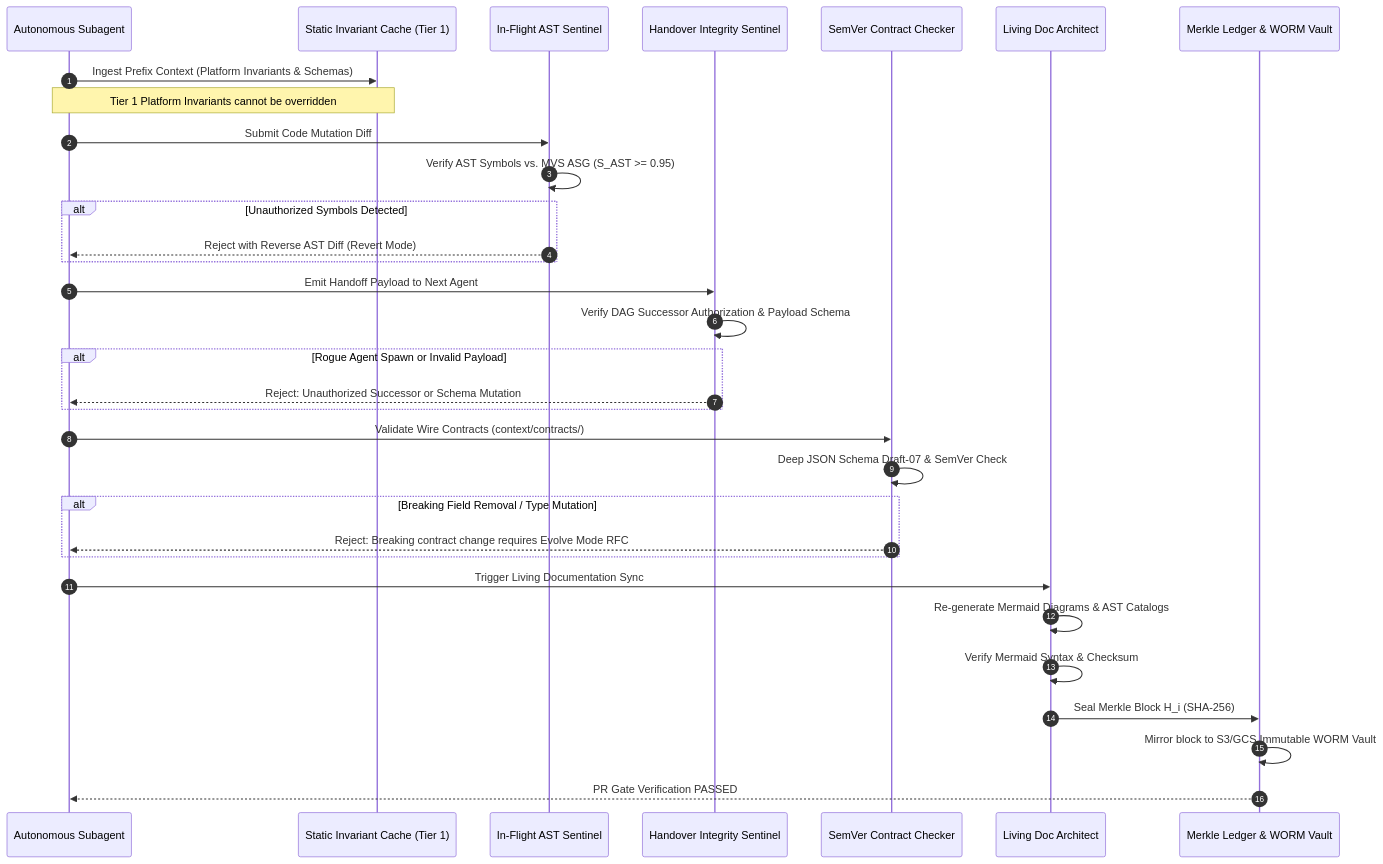
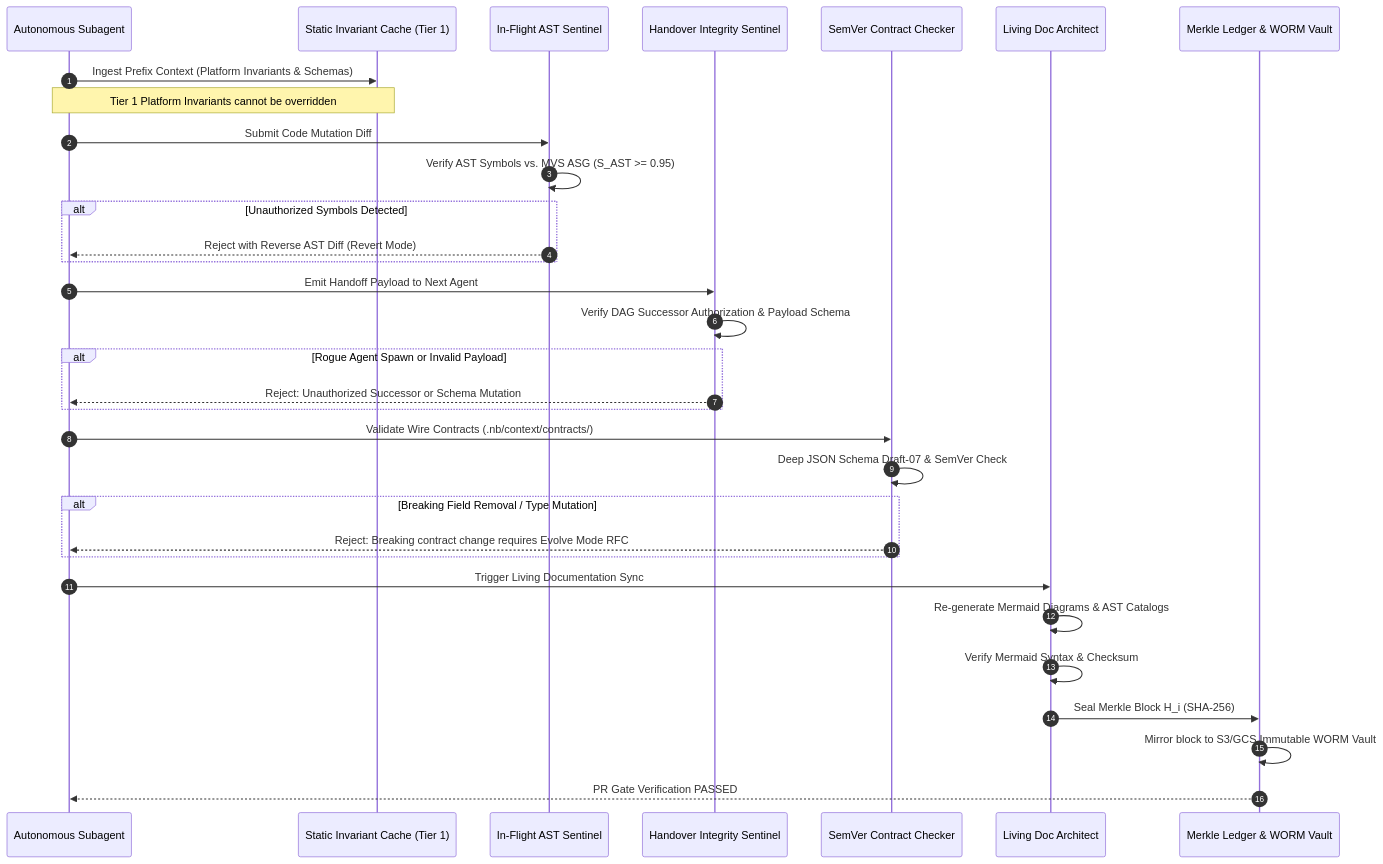
The third of 5 diagrams in workplace/docs/methodologies/anti_drift_protocol.md (lakhwindersingh/nb_fairyfly), drawn with Mermaid before and after one commit. The commit also changed 97 other files, not shown here.

````diff
--- a/workplace/docs/methodologies/anti_drift_protocol.md
+++ b/workplace/docs/methodologies/anti_drift_protocol.md
@@ -125,39 +125,39 @@
 ```mermaid
 sequenceDiagram
     autonumber
     participant Dev as Autonomous Subagent
     participant Prefix as Static Invariant Cache (Tier 1)
     participant ASTGate as In-Flight AST Sentinel
     participant HandoverGate as Handover Integrity Sentinel
     participant WireGate as SemVer Contract Checker
     participant DocGate as Living Doc Architect
     participant Merkle as Merkle Ledger & WORM Vault
 
     Dev->>Prefix: Ingest Prefix Context (Platform Invariants & Schemas)
     Note over Prefix,Dev: Tier 1 Platform Invariants cannot be overridden
     Dev->>ASTGate: Submit Code Mutation Diff
     ASTGate->>ASTGate: Verify AST Symbols vs. MVS ASG (S_AST >= 0.95)
     alt Unauthorized Symbols Detected
         ASTGate-->>Dev: Reject with Reverse AST Diff (Revert Mode)
     end
 
     Dev->>HandoverGate: Emit Handoff Payload to Next Agent
     HandoverGate->>HandoverGate: Verify DAG Successor Authorization & Payload Schema
     alt Rogue Agent Spawn or Invalid Payload
         HandoverGate-->>Dev: Reject: Unauthorized Successor or Schema Mutation
     end
 
-    Dev->>WireGate: Validate Wire Contracts (context/contracts/)
+    Dev->>WireGate: Validate Wire Contracts (.nb/context/contracts/)
     WireGate->>WireGate: Deep JSON Schema Draft-07 & SemVer Check
     alt Breaking Field Removal / Type Mutation
         WireGate-->>Dev: Reject: Breaking contract change requires Evolve Mode RFC
     end
 
     Dev->>DocGate: Trigger Living Documentation Sync
     DocGate->>DocGate: Re-generate Mermaid Diagrams & AST Catalogs
     DocGate->>DocGate: Verify Mermaid Syntax & Checksum
 
     DocGate->>Merkle: Seal Merkle Block H_i (SHA-256)
     Merkle->>Merkle: Mirror block to S3/GCS Immutable WORM Vault
     Merkle-->>Dev: PR Gate Verification PASSED
 ```
````
